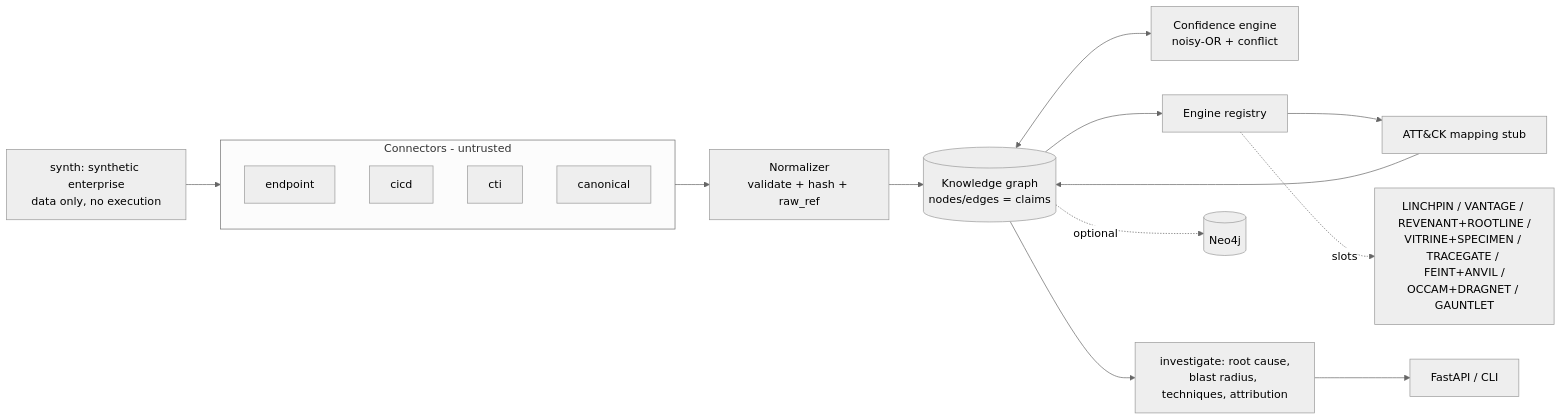
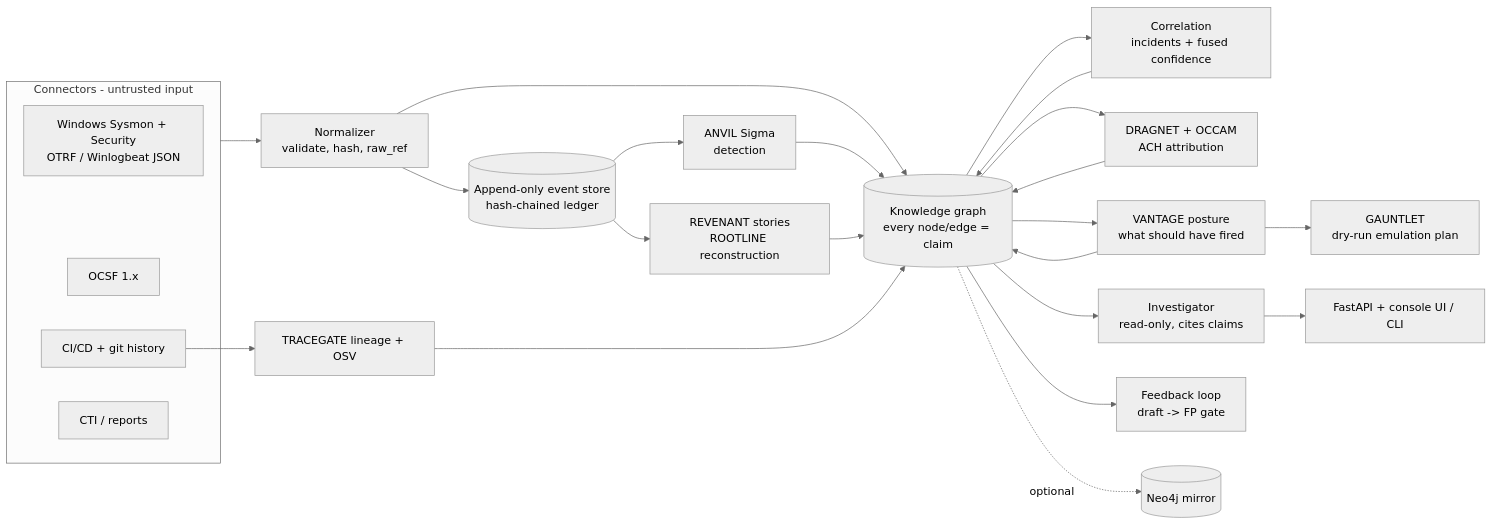
One commit to rakshit-737/throughline changed the diagram in README.md. Above: the diagram before and after it, drawn with Mermaid (neutral theme). The commit also changed other lines of this file, not shown here.

Commit message:
docs(readme): rewrite around real-data results, engines, datasets, reproducibility and limitations

````diff
--- a/README.md
+++ b/README.md
@@ -25,17 +33,28 @@
 ```mermaid
 flowchart LR
-  SYN[synth: synthetic enterprise<br/>data only, no execution] --> CON
-  subgraph CON[Connectors - untrusted]
-    E[endpoint] & C[cicd] & T[cti] & K[canonical]
+  subgraph IN[Connectors - untrusted input]
+    W[Windows Sysmon + Security<br/>OTRF / Winlogbeat JSON]
+    O[OCSF 1.x]
+    C[CI/CD + git history]
+    T[CTI / reports]
   end
-  CON --> N[Normalizer<br/>validate + hash + raw_ref]
-  N --> G[(Knowledge graph<br/>nodes/edges = claims)]
-  G <--> CE[Confidence engine<br/>noisy-OR + conflict]
-  G --> REG[Engine registry]
-  REG --> AM[ATT&CK mapping stub]
-  REG -.slots.-> SIB[LINCHPIN / VANTAGE / REVENANT+ROOTLINE /<br/>VITRINE+SPECIMEN / TRACEGATE / FEINT+ANVIL /<br/>OCCAM+DRAGNET / GAUNTLET]
-  AM --> G
-  G --> INV[investigate: root cause,<br/>blast radius, techniques, attribution]
-  INV --> API[FastAPI / CLI]
-  G -.optional.-> NEO[(Neo4j)]
+  IN --> N[Normalizer<br/>validate, hash, raw_ref]
+  N --> ES[(Append-only event store<br/>hash-chained ledger)]
+  N --> KG[(Knowledge graph<br/>every node/edge = claim)]
+  ES --> DET[ANVIL Sigma<br/>detection]
+  ES --> PROV[REVENANT stories<br/>ROOTLINE reconstruction]
+  DET --> KG
+  PROV --> KG
+  KG --> COR[Correlation<br/>incidents + fused confidence]
+  COR --> KG
+  KG --> INT[DRAGNET + OCCAM<br/>ACH attribution]
+  KG --> POS[VANTAGE posture<br/>what should have fired]
+  POS --> SIM[GAUNTLET<br/>dry-run emulation plan]
+  INT --> KG
+  POS --> KG
+  C --> SC[TRACEGATE lineage + OSV] --> KG
+  KG --> INV[Investigator<br/>read-only, cites claims]
+  KG --> LOOP[Feedback loop<br/>draft -> FP gate]
+  INV --> API[FastAPI + console UI / CLI]
+  KG -.optional.-> NEO[(Neo4j mirror)]
 ```
````
